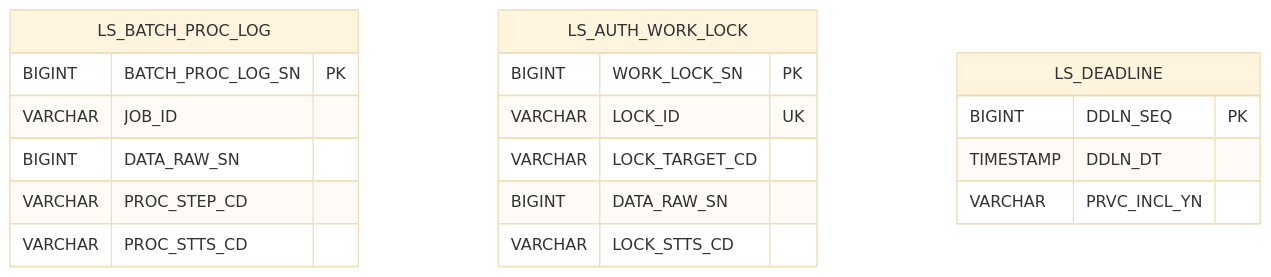
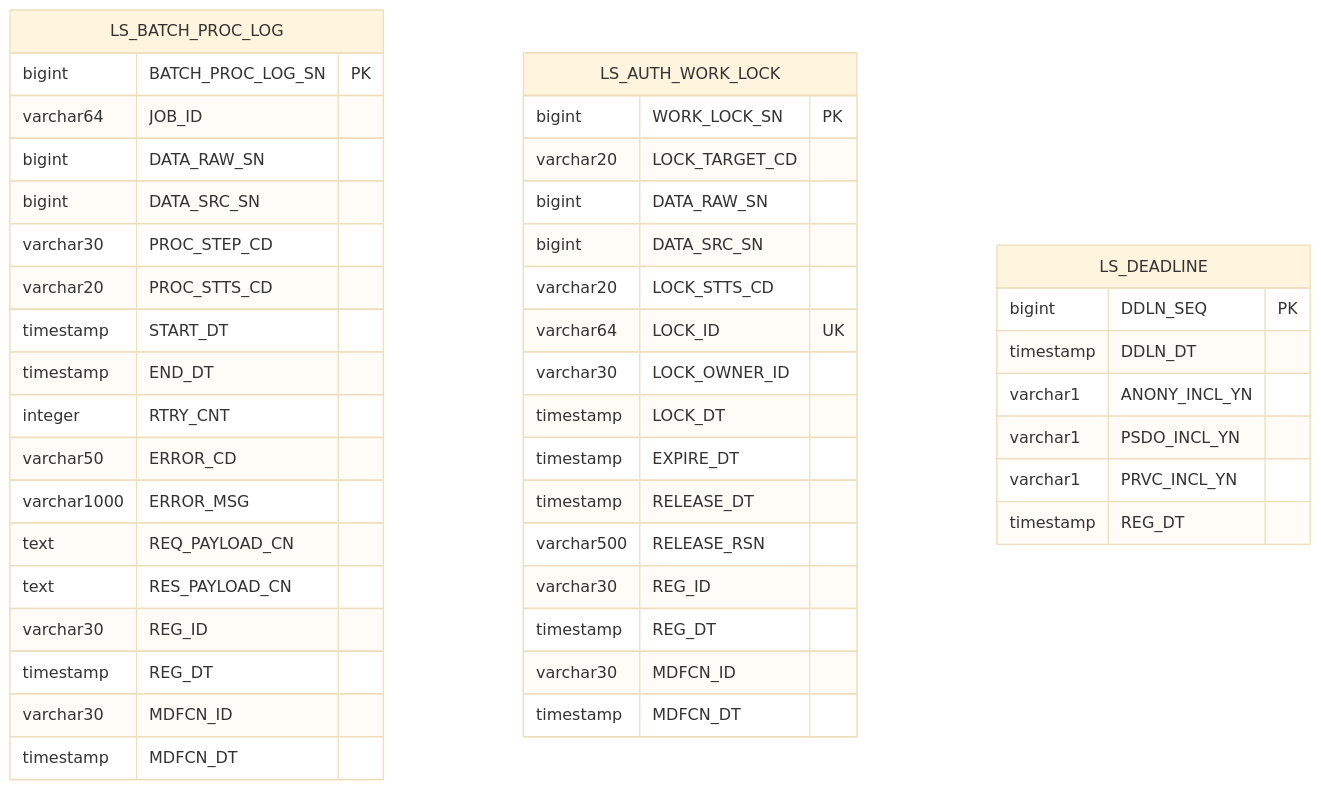
Before and after one commit to New-stella/klid-label: diagram 11 of 12 in docs/design/D8-엔티티관계모형설계서.md, drawn with Mermaid (base theme). The commit also changed other lines of this file and 9 other files, not shown here.

````diff
--- a/docs/design/D8-엔티티관계모형설계서.md
+++ b/docs/design/D8-엔티티관계모형설계서.md
@@ -356,22 +534,47 @@
 ```mermaid
 erDiagram
     LS_BATCH_PROC_LOG {
-        BIGINT BATCH_PROC_LOG_SN PK
-        VARCHAR JOB_ID
-        BIGINT DATA_RAW_SN
-        VARCHAR PROC_STEP_CD
-        VARCHAR PROC_STTS_CD
+        bigint BATCH_PROC_LOG_SN PK
+        varchar64 JOB_ID
+        bigint DATA_RAW_SN
+        bigint DATA_SRC_SN
+        varchar30 PROC_STEP_CD
+        varchar20 PROC_STTS_CD
+        timestamp START_DT
+        timestamp END_DT
+        integer RTRY_CNT
+        varchar50 ERROR_CD
+        varchar1000 ERROR_MSG
+        text REQ_PAYLOAD_CN
+        text RES_PAYLOAD_CN
+        varchar30 REG_ID
+        timestamp REG_DT
+        varchar30 MDFCN_ID
+        timestamp MDFCN_DT
     }
     LS_AUTH_WORK_LOCK {
-        BIGINT WORK_LOCK_SN PK
-        VARCHAR LOCK_ID UK
-        VARCHAR LOCK_TARGET_CD
-        BIGINT DATA_RAW_SN
-        VARCHAR LOCK_STTS_CD
+        bigint WORK_LOCK_SN PK
+        varchar20 LOCK_TARGET_CD
+        bigint DATA_RAW_SN
+        bigint DATA_SRC_SN
+        varchar20 LOCK_STTS_CD
+        varchar64 LOCK_ID UK
+        varchar30 LOCK_OWNER_ID
+        timestamp LOCK_DT
+        timestamp EXPIRE_DT
+        timestamp RELEASE_DT
+        varchar500 RELEASE_RSN
+        varchar30 REG_ID
+        timestamp REG_DT
+        varchar30 MDFCN_ID
+        timestamp MDFCN_DT
     }
     LS_DEADLINE {
-        BIGINT DDLN_SEQ PK
-        TIMESTAMP DDLN_DT
-        VARCHAR PRVC_INCL_YN
+        bigint DDLN_SEQ PK
+        timestamp DDLN_DT
+        varchar1 ANONY_INCL_YN
+        varchar1 PSDO_INCL_YN
+        varchar1 PRVC_INCL_YN
+        timestamp REG_DT
     }
 ```
````
